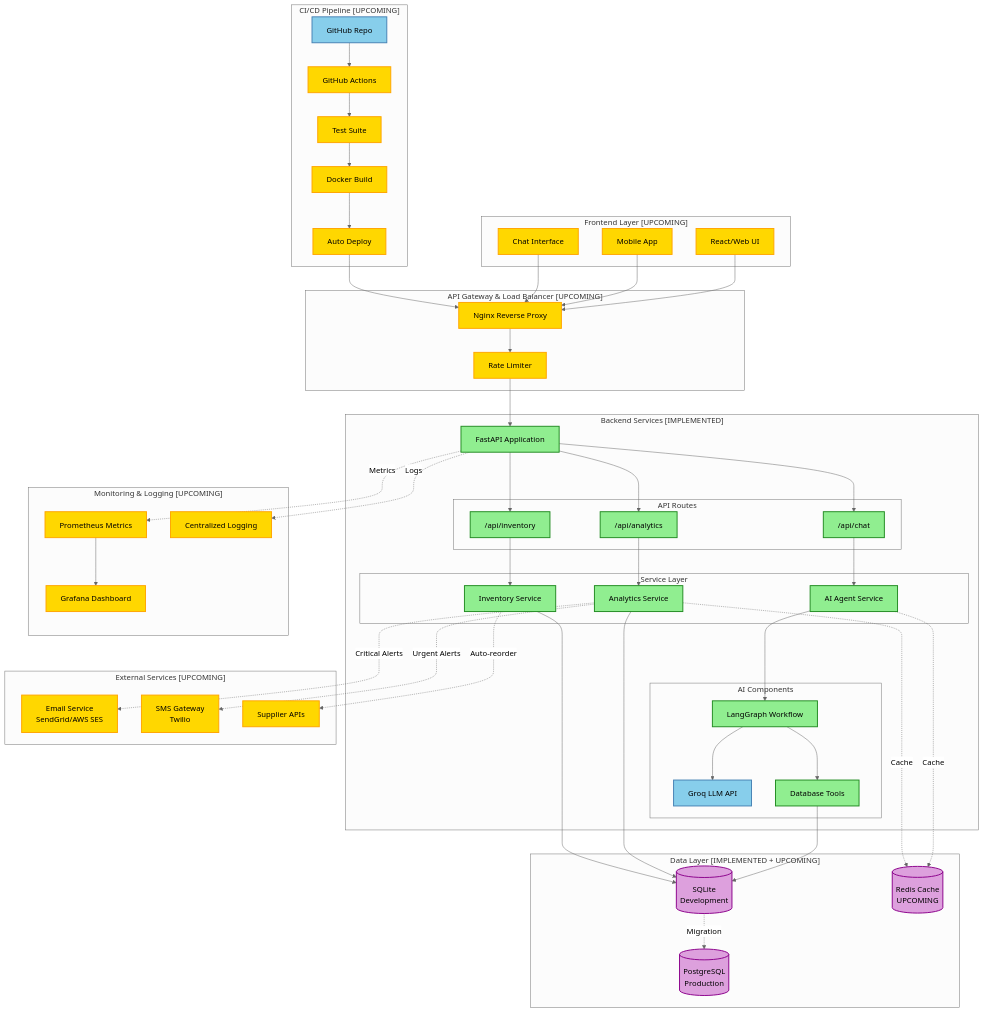
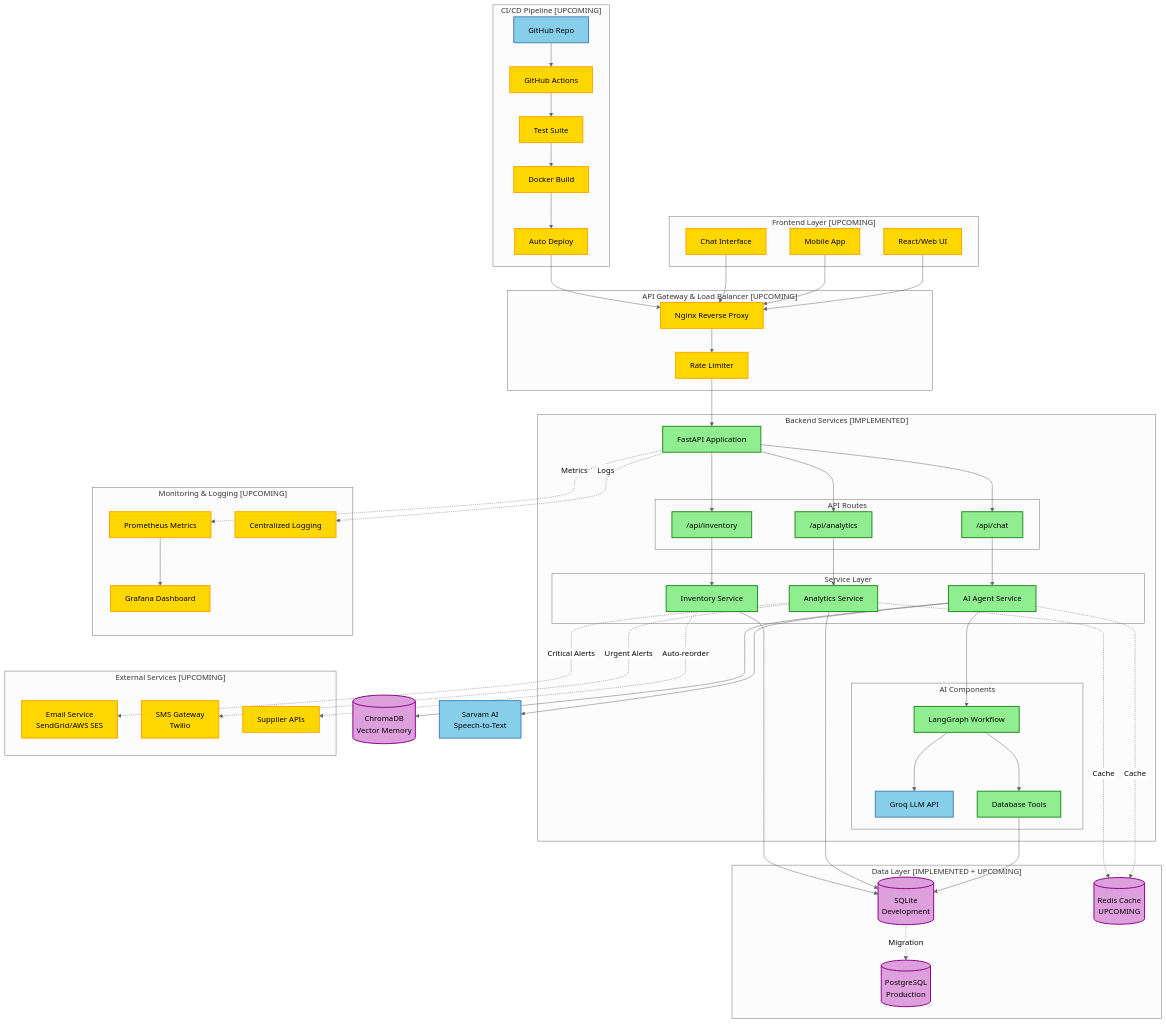
The diagram in README.md (Sayandip05/smart-inventory-assistant), drawn with Mermaid (neutral theme) before and after one commit. The commit also changed other lines of this file, not shown here.

Commit message:
docs: update README to v2.0.0 with STT, memory architecture, and React frontend

````diff
--- a/README.md
+++ b/README.md
@@ -299,6 +357,8 @@
     LANGGRAPH --> GROQ
     LANGGRAPH --> TOOLS
     TOOLS --> SQLITE
+    AI_AGENT --> CHROMADB[(ChromaDB<br/>Vector Memory)]
+    AI_AGENT --> SARVAM[Sarvam AI<br/>Speech-to-Text]
 
     %% Services to Database
     ANALYTICS_SVC --> SQLITE
@@ -334,8 +394,8 @@
     classDef external fill:#87CEEB,stroke:#4682B4,stroke-width:2px,color:black
     classDef database fill:#DDA0DD,stroke:#8B008B,stroke-width:2px,color:black
 
-    class FASTAPI,ANALYTICS,INVENTORY,CHAT,ANALYTICS_SVC,INV_SVC,AI_AGENT,LANGGRAPH,TOOLS,SQLITE implemented
+    class FASTAPI,ANALYTICS,INVENTORY,CHAT,ANALYTICS_SVC,INV_SVC,AI_AGENT,LANGGRAPH,TOOLS,SQLITE,CHROMADB implemented
     class UI,MOBILE,CHAT_UI,NGINX,RATE_LIMIT,POSTGRES,REDIS,EMAIL,SMS,SUPPLIERS,ACTIONS,DOCKER,TEST,DEPLOY,PROMETHEUS,GRAFANA,LOGS upcoming
-    class GROQ,GITHUB external
-    class SQLITE,POSTGRES,REDIS database
+    class GROQ,GITHUB,SARVAM external
+    class SQLITE,POSTGRES,REDIS,CHROMADB database
 ```
````
